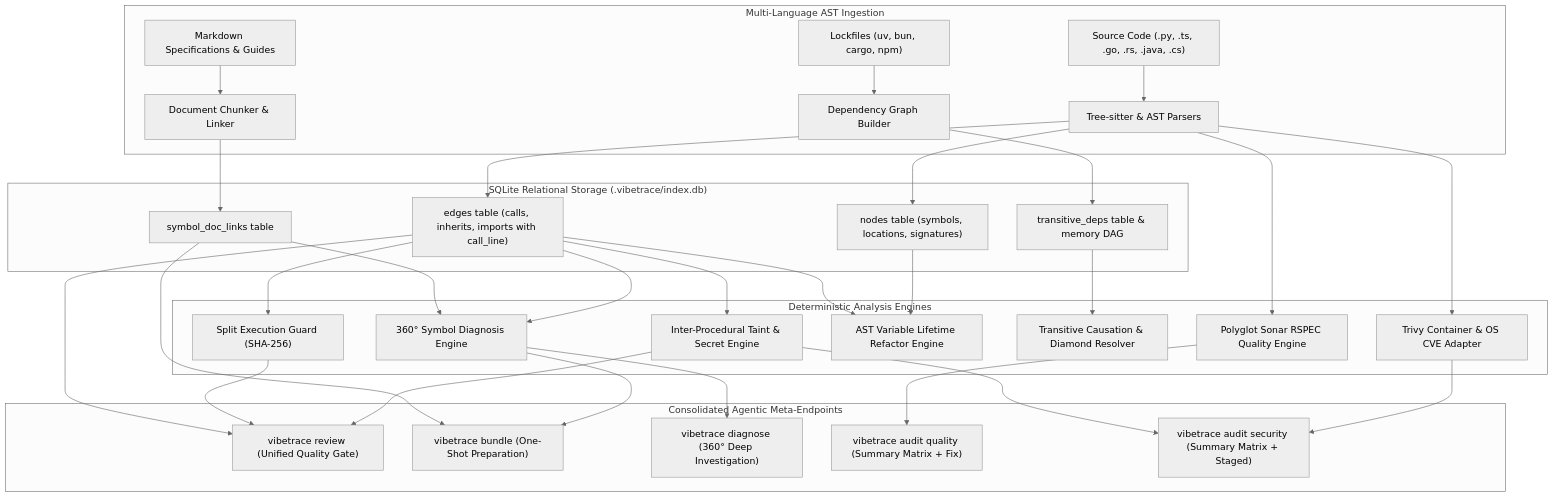
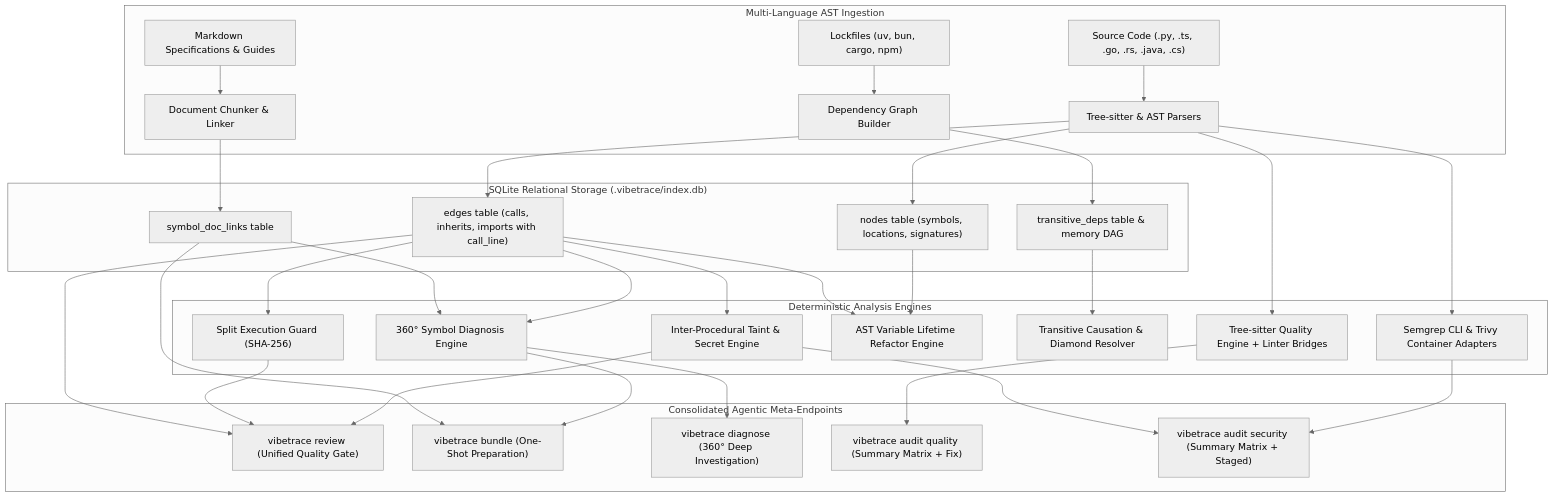
One commit to serguei9090/VibeTrace changed the first of 3 diagrams in docs/architecture/core_engines.md. Above: the diagram before and after it, drawn with Mermaid (neutral theme). The commit also changed other lines of this file and 96 other files, not shown here.

Commit message:
feat(audit): address external code review claims, add Semgrep adapter, cross-file graph resolution, and consolidate test suites

````diff
--- a/docs/architecture/core_engines.md
+++ b/docs/architecture/core_engines.md
@@ -9,33 +9,33 @@
 ```mermaid
 flowchart TD
     subgraph Ingestion ["Multi-Language AST Ingestion"]
         SRC["Source Code (.py, .ts, .go, .rs, .java, .cs)"] --> AST["Tree-sitter & AST Parsers"]
         LOCK["Lockfiles (uv, bun, cargo, npm)"] --> DAG["Dependency Graph Builder"]
         DOC["Markdown Specifications & Guides"] --> CHUNK["Document Chunker & Linker"]
     end
 
     subgraph RelationalDB ["SQLite Relational Storage (.vibetrace/index.db)"]
         AST --> N["nodes table (symbols, locations, signatures)"]
         AST --> E["edges table (calls, inherits, imports with call_line)"]
         DAG --> DEPS["transitive_deps table & memory DAG"]
         CHUNK --> LINKS["symbol_doc_links table"]
     end
 
     subgraph IntelligenceEngines ["Deterministic Analysis Engines"]
         E --> TAINT["Inter-Procedural Taint & Secret Engine"]
         E --> SPLITS["Split Execution Guard (SHA-256)"]
         E & LINKS --> DIAG["360° Symbol Diagnosis Engine"]
         N & E --> REFACTOR["AST Variable Lifetime Refactor Engine"]
         DEPS --> WHY["Transitive Causation & Diamond Resolver"]
-        AST --> QUALITY["Polyglot Sonar RSPEC Quality Engine"]
-        AST --> TRIVY["Trivy Container & OS CVE Adapter"]
+        AST --> QUALITY["Tree-sitter Quality Engine + Linter Bridges"]
+        AST --> TRIVY["Semgrep CLI & Trivy Container Adapters"]
     end
 
     subgraph AgenticMeta ["Consolidated Agentic Meta-Endpoints"]
         TAINT & SPLITS & E --> REVIEW["vibetrace review (Unified Quality Gate)"]
         DIAG & LINKS --> BUNDLE["vibetrace bundle (One-Shot Preparation)"]
         DIAG --> DIAGNOSE["vibetrace diagnose (360° Deep Investigation)"]
         QUALITY --> AUDIT_Q["vibetrace audit quality (Summary Matrix + Fix)"]
         TRIVY & TAINT --> AUDIT_S["vibetrace audit security (Summary Matrix + Staged)"]
     end
 ```
````
